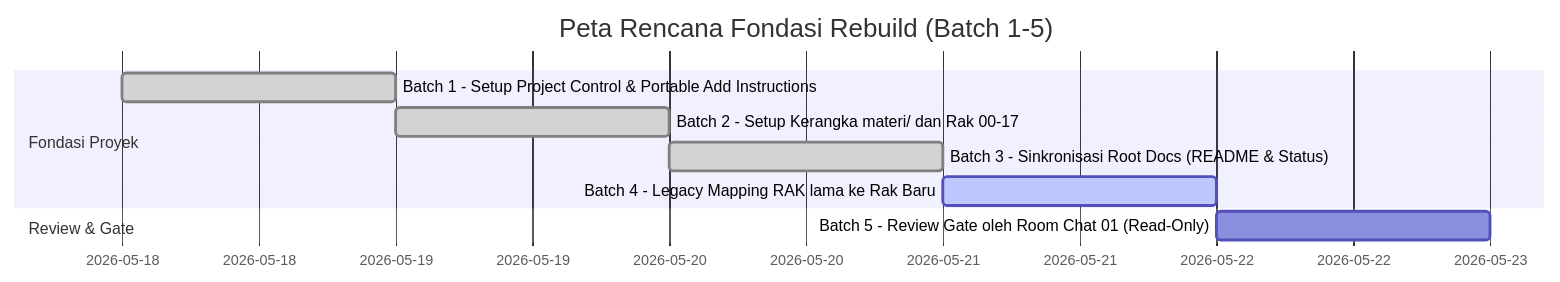
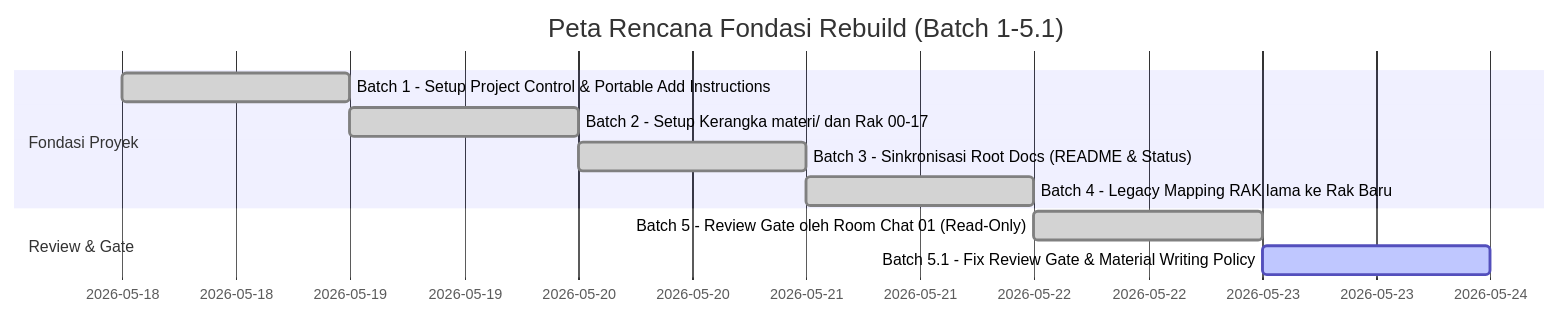
One commit to syahputrawork98-sketch/JavaScript-Learning-Hub changed the diagram in docs/project/roadmap-active.md. Above: the diagram before and after it, drawn with Mermaid. The commit also changed other lines of this file and 6 other files, not shown here.

Commit message:
"docs(project): fix review gate notes and document material migration policy

````diff
--- a/docs/project/roadmap-active.md
+++ b/docs/project/roadmap-active.md
@@ -9,12 +9,13 @@
 ```mermaid
 gantt
-    title Peta Rencana Fondasi Rebuild (Batch 1-5)
+    title Peta Rencana Fondasi Rebuild (Batch 1-5.1)
     dateFormat  YYYY-MM-DD
     section Fondasi Proyek
     Batch 1 - Setup Project Control & Portable Add Instructions :done, des1, 2026-05-18, 1d
     Batch 2 - Setup Kerangka materi/ dan Rak 00-17              :done, des2, after des1, 1d
     Batch 3 - Sinkronisasi Root Docs (README & Status)           :done, des3, after des2, 1d
-    Batch 4 - Legacy Mapping RAK lama ke Rak Baru               :active, des4, after des3, 1d
+    Batch 4 - Legacy Mapping RAK lama ke Rak Baru               :done, des4, after des3, 1d
     section Review & Gate
-    Batch 5 - Review Gate oleh Room Chat 01 (Read-Only)          : des5, after des4, 1d
+    Batch 5 - Review Gate oleh Room Chat 01 (Read-Only)          :done, des5, after des4, 1d
+    Batch 5.1 - Fix Review Gate & Material Writing Policy        :active, des6, after des5, 1d
 ```
````
